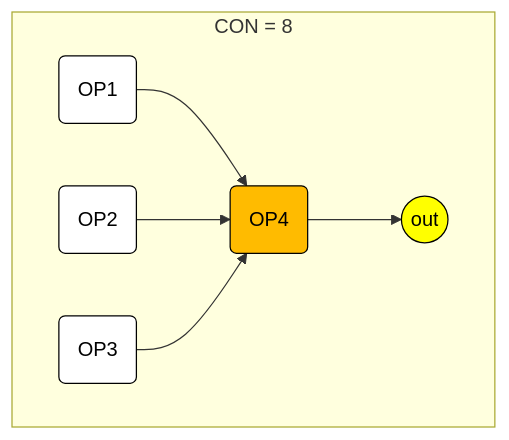
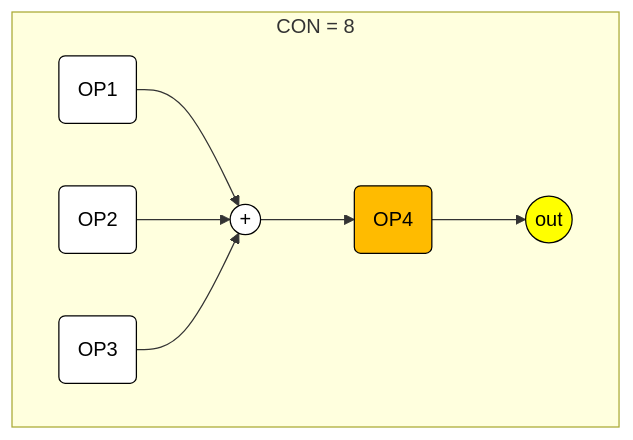
One commit to lineardrive/V3MMLmanual changed the ninth of 14 diagrams in docs/ch06/6_56.md. Above: the diagram before and after it, drawn with Mermaid. The commit also changed other lines of this file and 1 other file, not shown here.

Commit message:
CON図更新

````diff
--- a/docs/ch06/6_56.md
+++ b/docs/ch06/6_56.md
@@ -149,14 +152,15 @@
 ```mermaid
 flowchart LR
   subgraph CON["CON = 8"]
     direction LR
-    OP1("OP1") --> OP4("OP4") --> OUT(("out"))
-    OP2("OP2") --> OP4("OP4")
-    OP3("OP3") --> OP4("OP4")
+    OP1("OP1") --> S(("+")) --> OP4("OP4") --> OUT(("out"))
+    OP2("OP2") --> S(("+"))
+    OP3("OP3") --> S(("+"))
   end
 style OP1 fill:#fff, stroke:#000, color:#000
 style OP2 fill:#fff, stroke:#000, color:#000
 style OP3 fill:#fff, stroke:#000, color:#000
 style OP4 fill:#fb0, stroke:#000, color:#000
+style S   fill:#fff, stroke:#000, color:#000
 style OUT fill:#ff0, stroke:#000, color:#000
 ```
````
